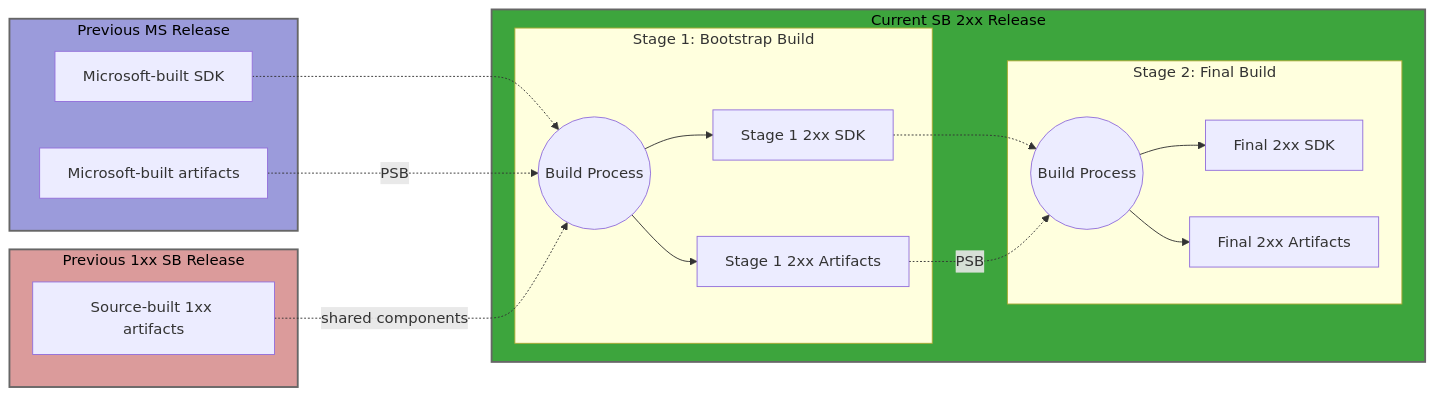
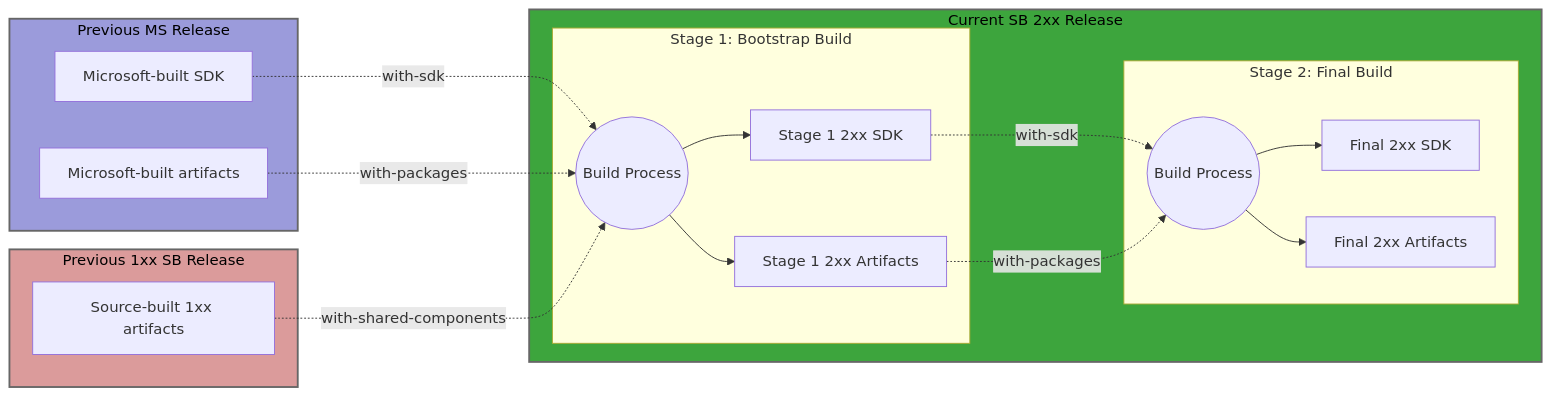
The seventh of 11 diagrams in Documentation/feature-band-source-building.md (dotnet/source-build), drawn with Mermaid before and after one commit. The commit also changed other lines of this file, not shown here.

Commit message:
Update diagram labels to match build script parameters

````diff
--- a/Documentation/feature-band-source-building.md
+++ b/Documentation/feature-band-source-building.md
@@ -504,42 +504,42 @@
 ```mermaid
 flowchart LR
     subgraph Msft["Previous MS Release"]
         MS_SDK[Microsoft-built SDK]
         MS_Art[Microsoft-built artifacts]
     end
     
     subgraph SB1xx["Previous 1xx SB Release"]
         SB_1xx[Source-built 1xx artifacts]
     end
     
     subgraph SB["Current SB 2xx Release"]
         subgraph Stage1["Stage 1: Bootstrap Build"]
             Build1((Build Process))
             S1_SDK[Stage 1 2xx SDK]
             S1_Art[Stage 1 2xx Artifacts]
         end
 
         subgraph Stage2["Stage 2: Final Build"]
             Build2((Build Process))
             Final_SDK[Final 2xx SDK]
             Final_Art[Final 2xx Artifacts]
         end
     end
     
-    MS_SDK -.-> Build1
-    MS_Art -.->|PSB| Build1
-    SB_1xx -.->|shared components| Build1
+    MS_SDK -.->|with-sdk| Build1
+    MS_Art -.->|with-packages| Build1
+    SB_1xx -.->|with-shared-components| Build1
     Build1 --> S1_SDK
     Build1 --> S1_Art
-    S1_SDK -.-> Build2
-    S1_Art -.->|PSB| Build2
+    S1_SDK -.->|with-sdk| Build2
+    S1_Art -.->|with-packages| Build2
     Build2 --> Final_SDK
     Build2 --> Final_Art
     
     classDef msRelease fill:#9b9bdb,stroke:#666,stroke-width:2px,color:#000
     classDef prev1xx fill:#db9b9b,stroke:#666,stroke-width:2px,color:#000
     classDef curr2xx fill:#3da53d,stroke:#666,stroke-width:2px,color:#000
     class Msft msRelease
     class SB1xx prev1xx
     class SB curr2xx
 ```
````
